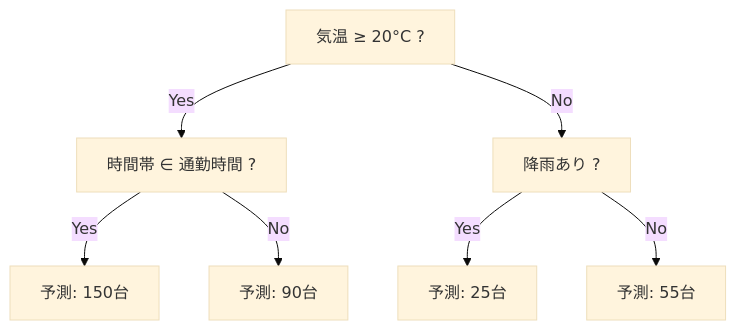
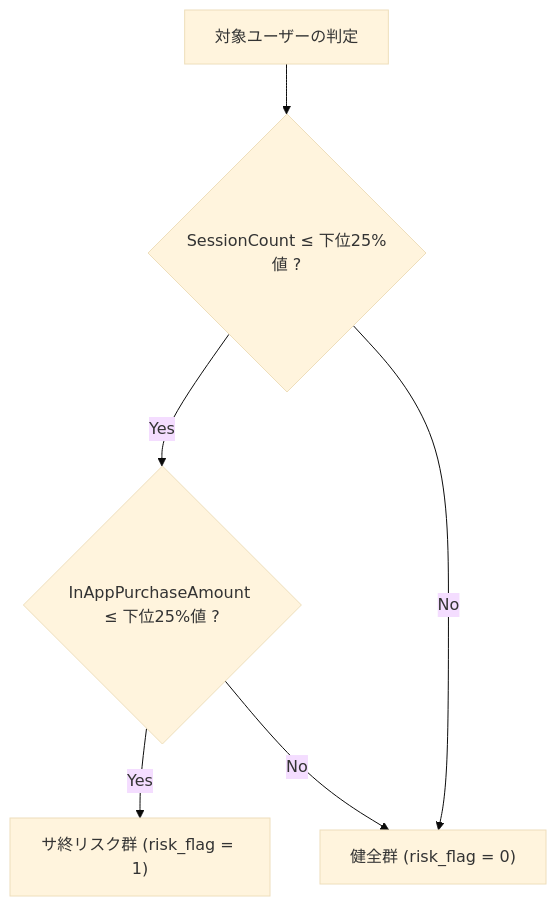
Before and after one commit to dsbiztiu23110053/seminar-research: the first of 2 diagrams in 03_分析手法.qmd, drawn with Mermaid (base theme). The commit also changed other lines of this file and 20 other files, not shown here.

````diff
--- a/03_分析手法.qmd
+++ b/03_分析手法.qmd
@@ -62,11 +42,10 @@
 ```{mermaid}
-%%| label: fig-decision-tree
-%%| fig-cap: "決定木による分岐のイメージ"
+%%| label: fig-risk-definition
+%%| fig-cap: "プレイ頻度と課金額によるサ終リスクの条件分岐"
 flowchart TD
-    A["気温 ≥ 20°C ?"] -->|Yes| B["時間帯 ∈ 通勤時間 ?"]
-    A -->|No| C["降雨あり ?"]
-    B -->|Yes| D["予測: 150台"]
-    B -->|No| E["予測: 90台"]
-    C -->|Yes| F["予測: 25台"]
-    C -->|No| G["予測: 55台"]
+    A["対象ユーザーの判定"] --> B{"SessionCount ≤ 下位25%値 ?"}
+    B -->|Yes| C{"InAppPurchaseAmount ≤ 下位25%値 ?"}
+    B -->|No| E["健全群 (risk_flag = 0)"]
+    C -->|Yes| D["サ終リスク群 (risk_flag = 1)"]
+    C -->|No| E
 ```
````
